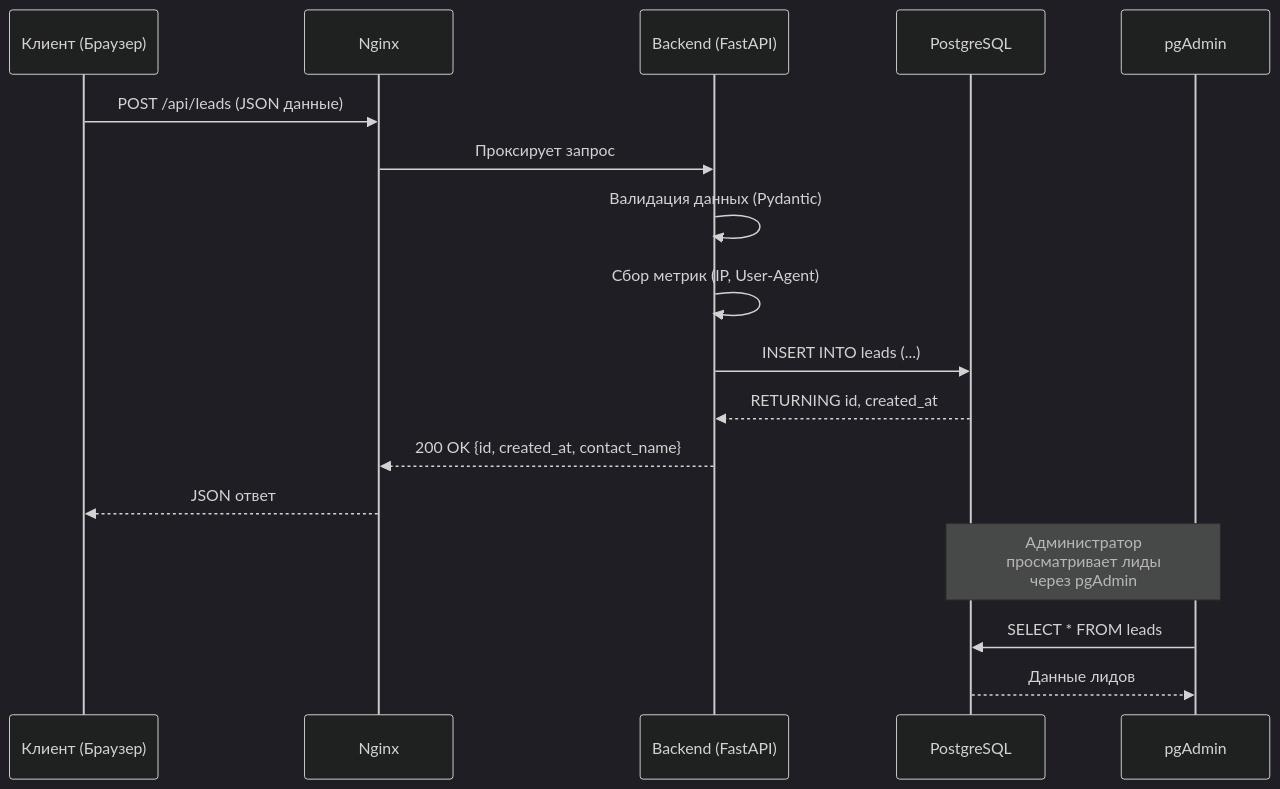
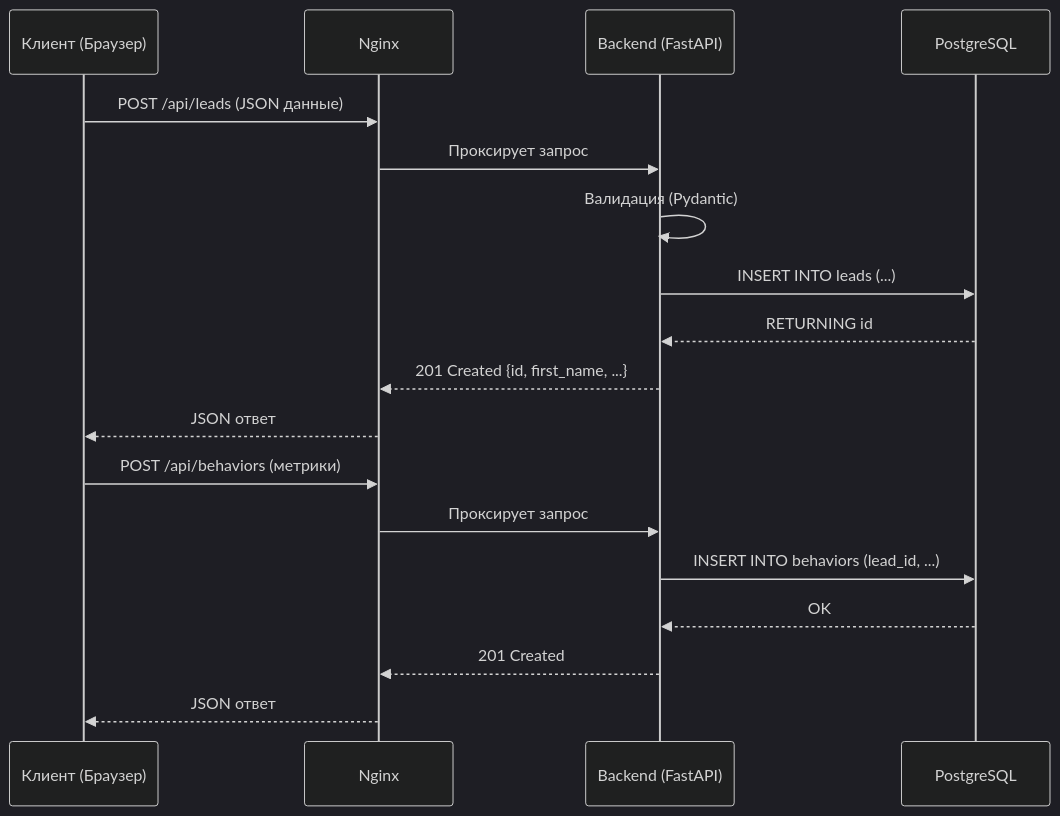
Before and after one commit to MatveiV/OrdersCRM: the fourth of 4 diagrams in backend/README.md, drawn with Mermaid (dark theme). The commit also changed other lines of this file, not shown here.

Commit message:
docs: update README with new backend structure and API docs

````diff
--- a/backend/README.md
+++ b/backend/README.md
@@ -79,21 +120,22 @@
 ```mermaid
 sequenceDiagram
     participant C as Клиент (Браузер)
     participant N as Nginx
     participant B as Backend (FastAPI)
     participant D as PostgreSQL
-    participant P as pgAdmin
 
     C->>N: POST /api/leads (JSON данные)
     N->>B: Проксирует запрос
-    B->>B: Валидация данных (Pydantic)
-    B->>B: Сбор метрик (IP, User-Agent)
+    B->>B: Валидация (Pydantic)
     B->>D: INSERT INTO leads (...)
-    D-->>B: RETURNING id, created_at
-    B-->>N: 200 OK {id, created_at, contact_name}
+    D-->>B: RETURNING id
+    B-->>N: 201 Created {id, first_name, ...}
     N-->>C: JSON ответ
     
-    Note over P,D: Администратор<br/>просматривает лиды<br/>через pgAdmin
-    P->>D: SELECT * FROM leads
-    D-->>P: Данные лидов
+    C->>N: POST /api/behaviors (метрики)
+    N->>B: Проксирует запрос
+    B->>D: INSERT INTO behaviors (lead_id, ...)
+    D-->>B: OK
+    B-->>N: 201 Created
+    N-->>C: JSON ответ
 ```
````
